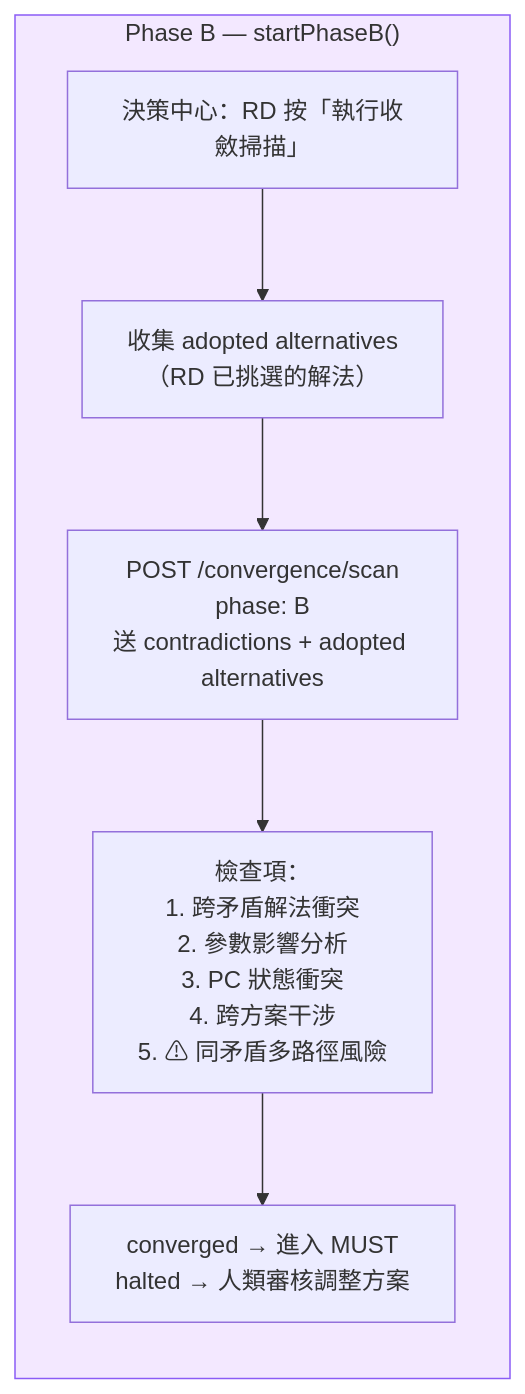
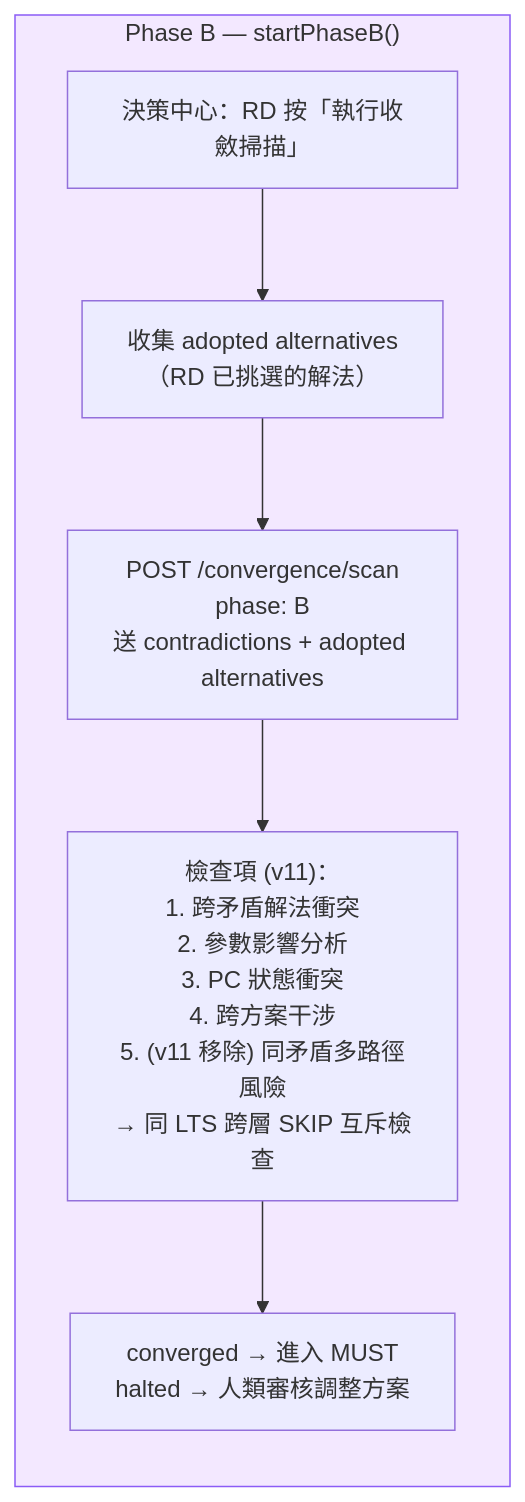
Before and after one commit to JIA-HONG-CHU/design-copilot-blueprint: the fourth of 6 diagrams in docs/diagrams/triz-to-scamper-flow.md, drawn with Mermaid. The commit also changed other lines of this file and 3 other files, not shown here.

````diff
--- a/docs/diagrams/triz-to-scamper-flow.md
+++ b/docs/diagrams/triz-to-scamper-flow.md
@@ -169,14 +190,14 @@
 ```mermaid
 flowchart TB
     subgraph PHASE_B["Phase B — startPhaseB()"]
         direction TB
         B_START["決策中心：RD 按「執行收斂掃描」"]
         B_COLLECT["收集 adopted alternatives<br/>（RD 已挑選的解法）"]
         B_SCAN["POST /convergence/scan<br/>phase: B<br/>送 contradictions + adopted alternatives"]
-        B_CHECK["檢查項：<br/>1. 跨矛盾解法衝突<br/>2. 參數影響分析<br/>3. PC 狀態衝突<br/>4. 跨方案干涉<br/>5. ⚠ 同矛盾多路徑風險"]
+        B_CHECK["檢查項 (v11)：<br/>1. 跨矛盾解法衝突<br/>2. 參數影響分析<br/>3. PC 狀態衝突<br/>4. 跨方案干涉<br/>5. (v11 移除) 同矛盾多路徑風險<br/>→ 同 LTS 跨層 SKIP 互斥檢查"]
         B_RESULT["converged → 進入 MUST<br/>halted → 人類審核調整方案"]
         B_START --> B_COLLECT --> B_SCAN --> B_CHECK --> B_RESULT
     end
 
     style PHASE_B fill:#F3E8FF,stroke:#8B5CF6
 ```
````
